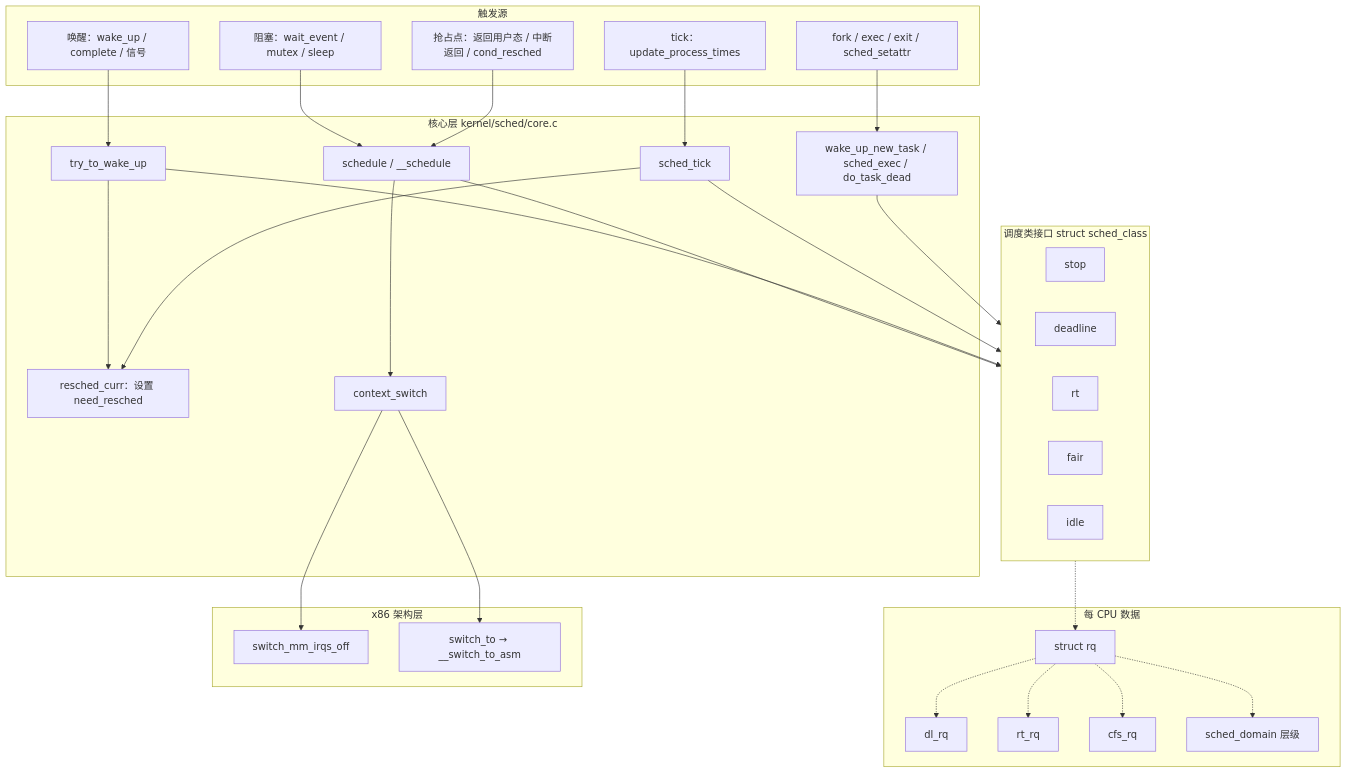
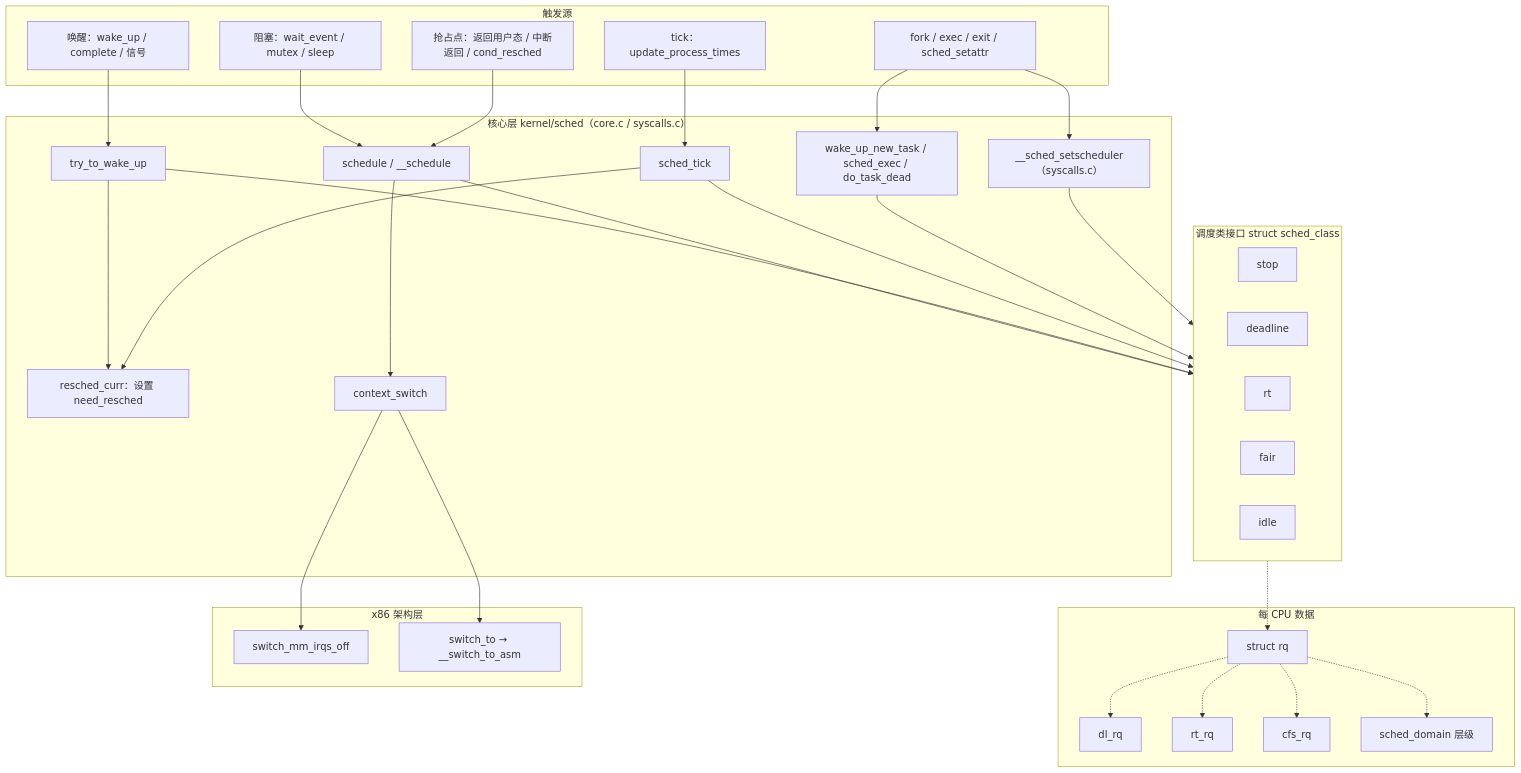
Before and after one commit to linuxperf/linux-study: the first of 5 diagrams in book/sched/introduction.md, drawn with Mermaid. The commit also changed other lines of this file and 3 other files, not shown here.

````diff
--- a/book/sched/introduction.md
+++ b/book/sched/introduction.md
@@ -96,60 +97,63 @@
 ```mermaid
 flowchart TB
     subgraph TRIG["触发源"]
         T1["阻塞：wait_event / mutex / sleep"]
         T2["唤醒：wake_up / complete / 信号"]
         T3["tick：update_process_times"]
         T4["抢占点：返回用户态 / 中断返回 / cond_resched"]
         T5["fork / exec / exit / sched_setattr"]
     end
 
-    subgraph CORE["核心层 kernel/sched/core.c"]
+    subgraph CORE["核心层 kernel/sched（core.c / syscalls.c）"]
         C1["schedule / __schedule"]
         C2["try_to_wake_up"]
         C3["sched_tick"]
         C4["wake_up_new_task / sched_exec / do_task_dead"]
         C5["resched_curr：设置 need_resched"]
         C6["context_switch"]
+        C7["__sched_setscheduler（syscalls.c）"]
     end
 
     subgraph SCLS["调度类接口 struct sched_class"]
         S1["stop"]
         S2["deadline"]
         S3["rt"]
         S4["fair"]
         S5["idle"]
     end
 
     subgraph DATA["每 CPU 数据"]
         RQ["struct rq"]
         Q1["dl_rq"]
         Q2["rt_rq"]
         Q3["cfs_rq"]
         SD["sched_domain 层级"]
     end
 
     subgraph ARCH["x86 架构层"]
         A1["switch_mm_irqs_off"]
         A2["switch_to → __switch_to_asm"]
     end
 
     T1 --> C1
     T4 --> C1
     T2 --> C2
     T3 --> C3
     T5 --> C4
+    T5 --> C7
     C2 --> C5
     C3 --> C5
     C1 --> SCLS
     C2 --> SCLS
     C3 --> SCLS
     C4 --> SCLS
+    C7 --> SCLS
     C1 --> C6
     C6 --> A1
     C6 --> A2
     SCLS -.-> RQ
     RQ -.-> Q1
     RQ -.-> Q2
     RQ -.-> Q3
     RQ -.-> SD
 ```
````
